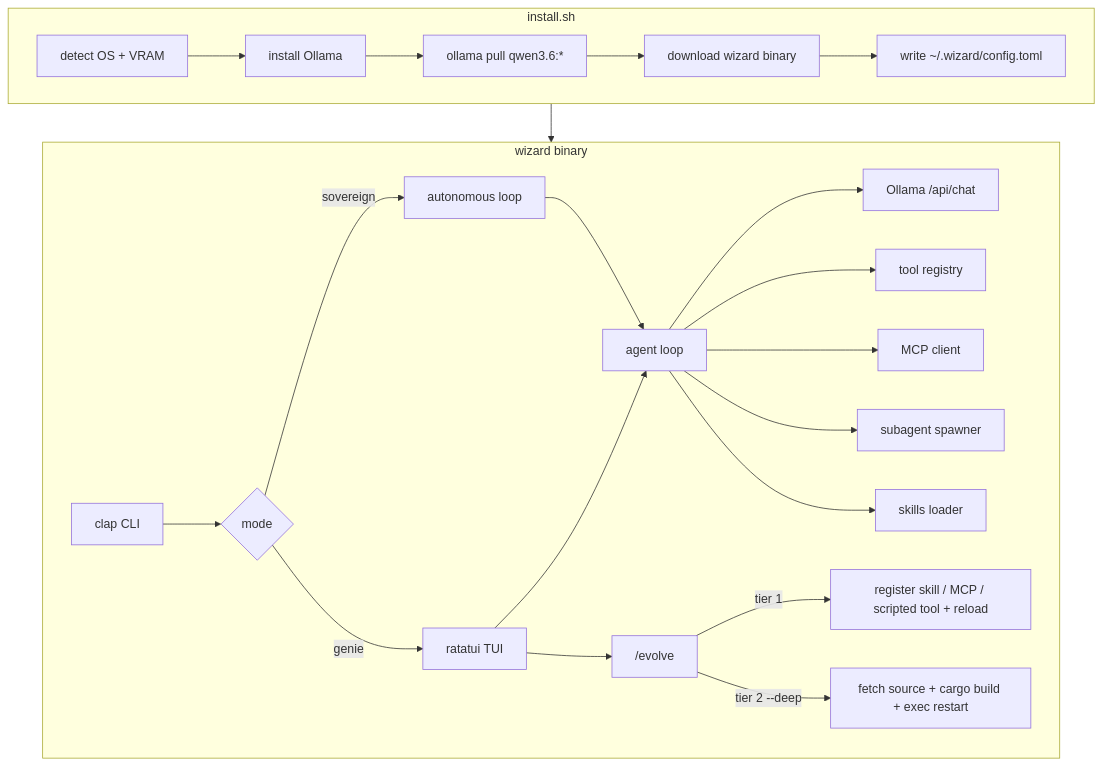
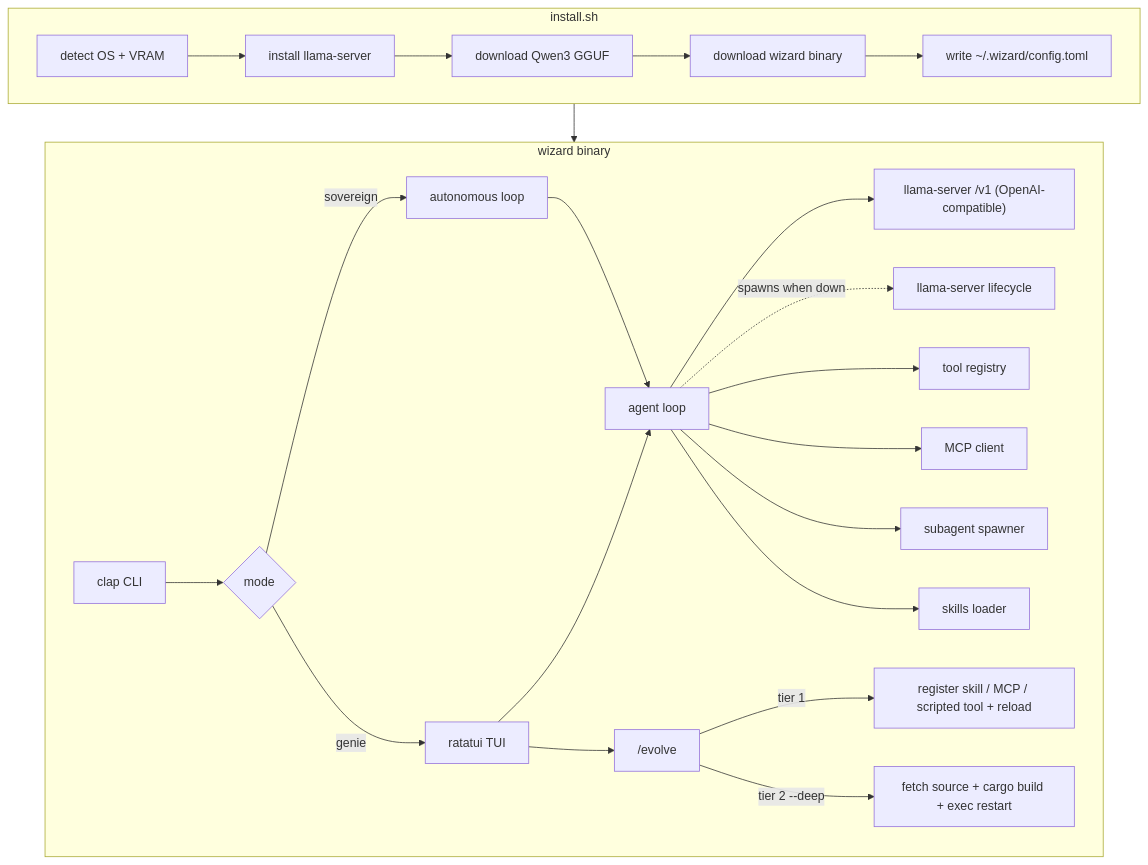
Before and after one commit to birhantprkc/wizard: the diagram in docs/architecture.md, drawn with Mermaid. The commit also changed other lines of this file and 16 other files, not shown here.

````diff
--- a/docs/architecture.md
+++ b/docs/architecture.md
@@ -7,27 +7,28 @@
 ```mermaid
 flowchart TB
     subgraph install [install.sh]
-        A[detect OS + VRAM] --> B[install Ollama]
-        B --> C["ollama pull qwen3.6:*"]
+        A[detect OS + VRAM] --> B[install llama-server]
+        B --> C["download Qwen3 GGUF"]
         C --> D[download wizard binary]
         D --> E["write ~/.wizard/config.toml"]
     end
 
     subgraph runtime [wizard binary]
         CLI[clap CLI] --> Mode{mode}
         Mode -->|genie| TUI[ratatui TUI]
         Mode -->|sovereign| Headless[autonomous loop]
         TUI --> Agent[agent loop]
         Headless --> Agent
-        Agent --> LLM[Ollama /api/chat]
+        Agent --> LLM["llama-server /v1 (OpenAI-compatible)"]
+        Agent -.spawns when down.-> Server[llama-server lifecycle]
         Agent --> Tools[tool registry]
         Agent --> MCP[MCP client]
         Agent --> Sub[subagent spawner]
         Agent --> Skills[skills loader]
         TUI --> Evolve["/evolve"]
         Evolve -->|tier 1| Live[register skill / MCP / scripted tool + reload]
         Evolve -->|tier 2 --deep| Build[fetch source + cargo build + exec restart]
     end
 
     install --> runtime
 ```
````
